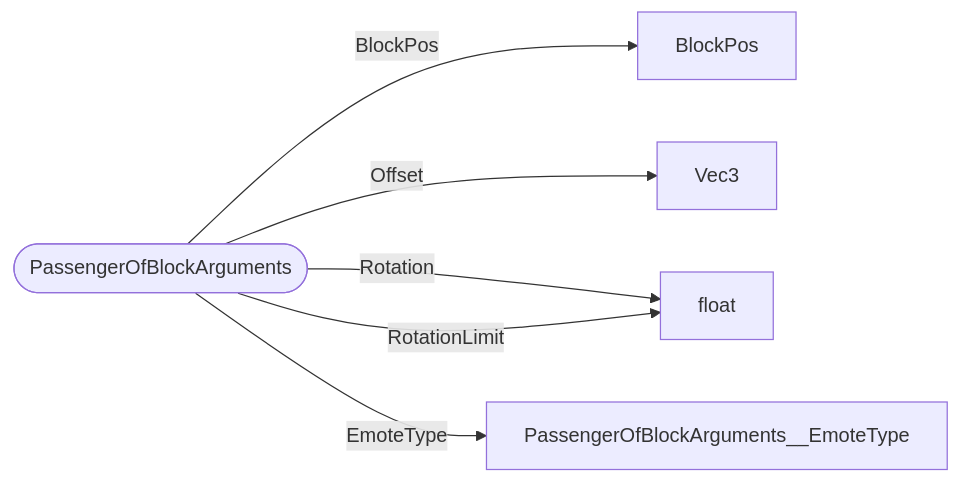
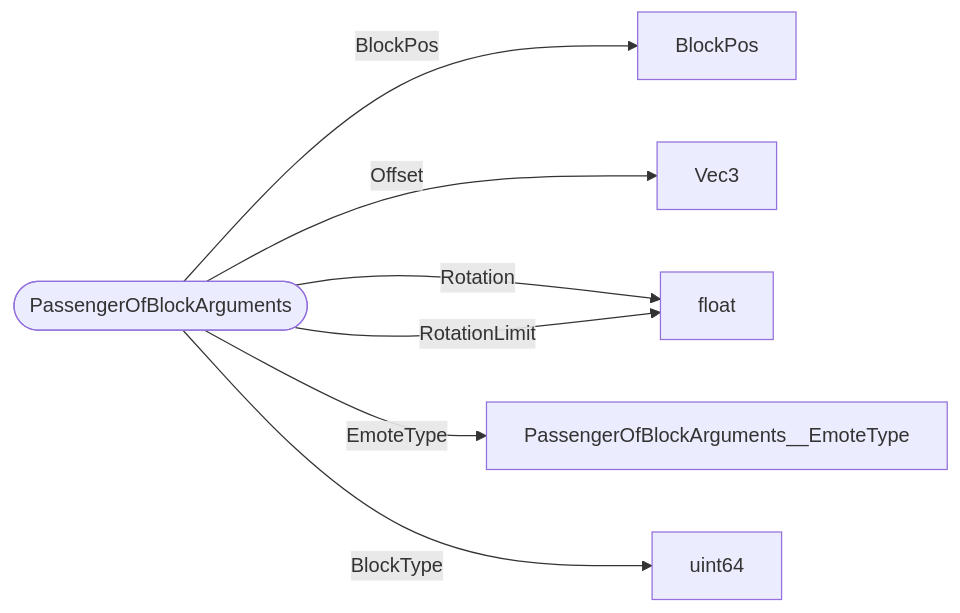
Before and after one commit to bedrock-v/protocol-docs: the diagram in schemas/types/PassengerOfBlockArguments.md, drawn with Mermaid. The commit also changed 42 other files, not shown here.

````diff
--- a/schemas/types/PassengerOfBlockArguments.md
+++ b/schemas/types/PassengerOfBlockArguments.md
@@ -5,9 +5,10 @@
 ```mermaid
 flowchart LR
   ROOT(["PassengerOfBlockArguments"])
   ROOT -->|"BlockPos"| BlockPos["BlockPos"]
   ROOT -->|"Offset"| Vec3["Vec3"]
   ROOT -->|"Rotation"| float["float"]
   ROOT -->|"RotationLimit"| float["float"]
   ROOT -->|"EmoteType"| PassengerOfBlockArguments__EmoteType["PassengerOfBlockArguments__EmoteType"]
+  ROOT -->|"BlockType"| uint64["uint64"]
 ```
````
